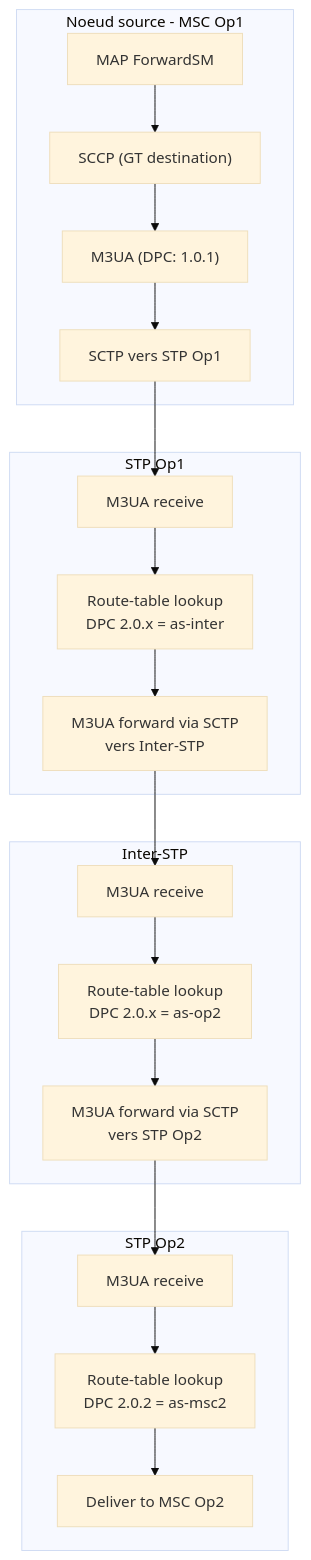
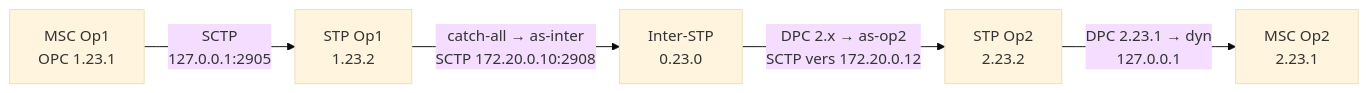
The fourth of 9 diagrams in README.md (bbaranoff/osmo_egprs), drawn with Mermaid (base theme) before and after one commit. The commit also changed other lines of this file, not shown here.

````diff
--- a/README.md
+++ b/README.md
@@ -252,27 +292,7 @@
 ```mermaid
-flowchart TB
-    subgraph "Noeud source - MSC Op1"
-        MAP_SRC["MAP ForwardSM"] --> SCCP_SRC["SCCP (GT destination)"]
-        SCCP_SRC --> M3UA_SRC["M3UA (DPC: 1.0.1)"]
-        M3UA_SRC --> SCTP_SRC["SCTP vers STP Op1"]
-    end
-
-    subgraph "STP Op1"
-        RCV1["M3UA receive"] --> RT1["Route-table lookup\nDPC 2.0.x = as-inter"]
-        RT1 --> FWD1["M3UA forward via SCTP\nvers Inter-STP"]
-    end
-
-    subgraph "Inter-STP"
-        RCV2["M3UA receive"] --> RT2["Route-table lookup\nDPC 2.0.x = as-op2"]
-        RT2 --> FWD2["M3UA forward via SCTP\nvers STP Op2"]
-    end
-
-    subgraph "STP Op2"
-        RCV3["M3UA receive"] --> RT3["Route-table lookup\nDPC 2.0.2 = as-msc2"]
-        RT3 --> FWD3["Deliver to MSC Op2"]
-    end
-
-    SCTP_SRC --> RCV1
-    FWD1 --> RCV2
-    FWD2 --> RCV3
+flowchart LR
+    MSC_A["MSC Op1<br>OPC 1.23.1"] -->|"SCTP<br>127.0.0.1:2905"| STP_A["STP Op1<br>1.23.2"]
+    STP_A -->|"catch-all → as-inter<br>SCTP 172.20.0.10:2908"| INTER["Inter-STP<br>0.23.0"]
+    INTER -->|"DPC 2.x → as-op2<br>SCTP vers 172.20.0.12"| STP_B["STP Op2<br>2.23.2"]
+    STP_B -->|"DPC 2.23.1 → dyn<br>127.0.0.1"| MSC_B["MSC Op2<br>2.23.1"]
 ```
````
